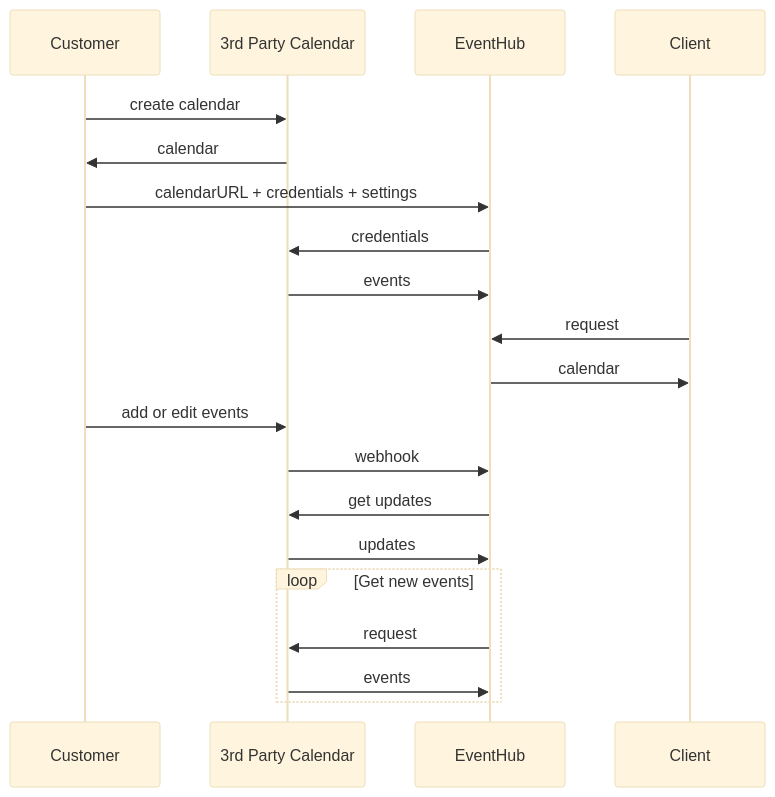
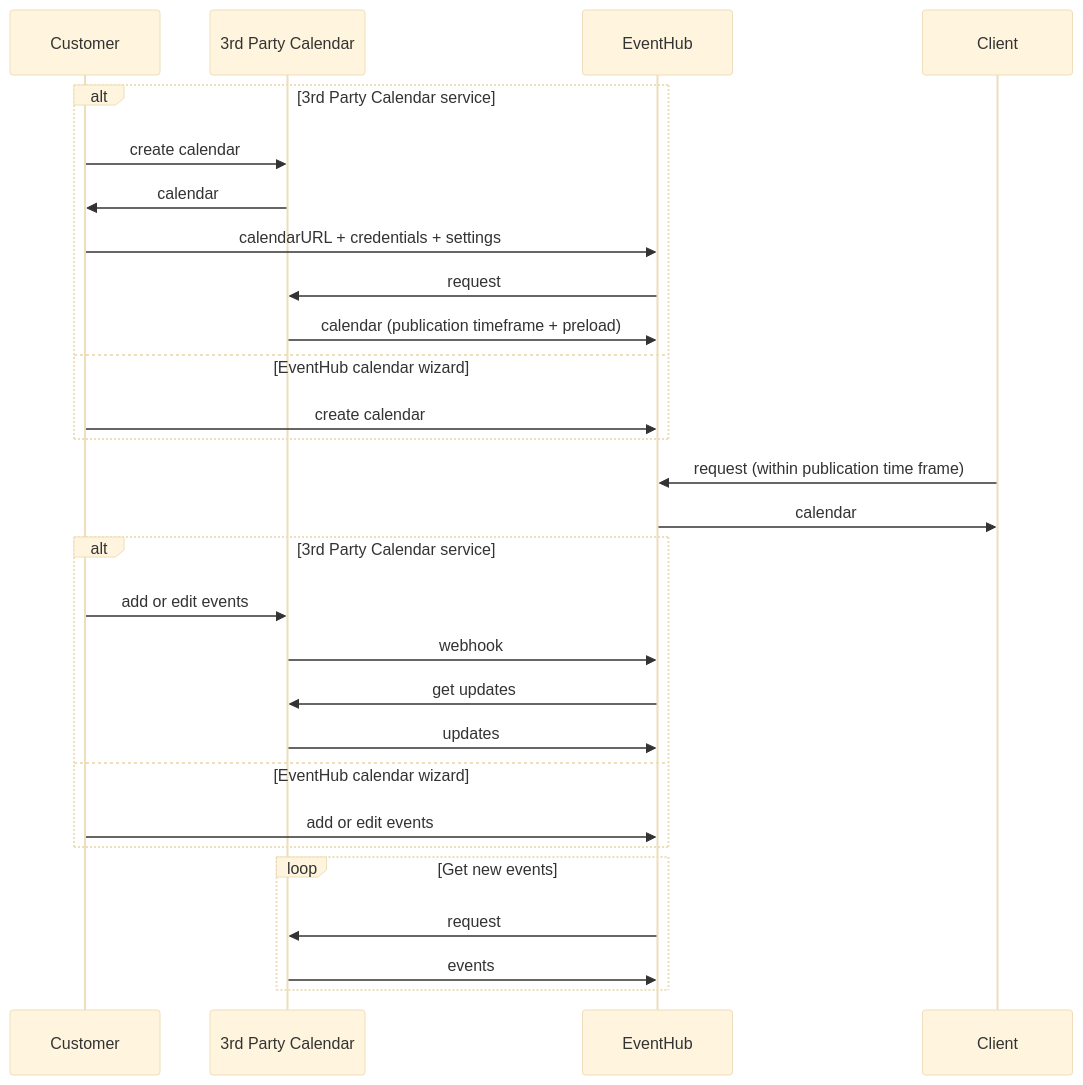
The third of 7 diagrams in README.md (GHopperMSK/schedule-manager), drawn with Mermaid (base theme) before and after one commit. The commit also changed other lines of this file, not shown here.

````diff
--- a/README.md
+++ b/README.md
@@ -188,18 +193,26 @@
 ```mermaid
 sequenceDiagram
-    Customer->>3rd Party Calendar: create calendar
-    3rd Party Calendar->>Customer: calendar
-    Customer->>EventHub: calendarURL + credentials + settings
-    EventHub->>3rd Party Calendar: credentials
-    3rd Party Calendar->>EventHub: events
-    Client->>EventHub: request
+    alt 3rd Party Calendar service
+        Customer->>3rd Party Calendar: create calendar
+        3rd Party Calendar->>Customer: calendar
+        Customer->>EventHub: calendarURL + credentials + settings
+        EventHub->>3rd Party Calendar: request
+        3rd Party Calendar->>EventHub: calendar (publication timeframe + preload)
+    else EventHub calendar wizard
+        Customer->>EventHub: create calendar
+    end
+    Client->>EventHub: request (within publication time frame)
     EventHub->>Client: calendar
-    Customer->>3rd Party Calendar: add or edit events
-    3rd Party Calendar->>EventHub: webhook
-    EventHub->>3rd Party Calendar: get updates
-    3rd Party Calendar->>EventHub: updates
+    alt 3rd Party Calendar service
+        Customer->>3rd Party Calendar: add or edit events
+        3rd Party Calendar->>EventHub: webhook
+        EventHub->>3rd Party Calendar: get updates
+        3rd Party Calendar->>EventHub: updates
+    else EventHub calendar wizard
+        Customer->>EventHub: add or edit events
+    end
     loop Get new events
         EventHub->>3rd Party Calendar: request
         3rd Party Calendar->>EventHub: events
     end
 ```
````
